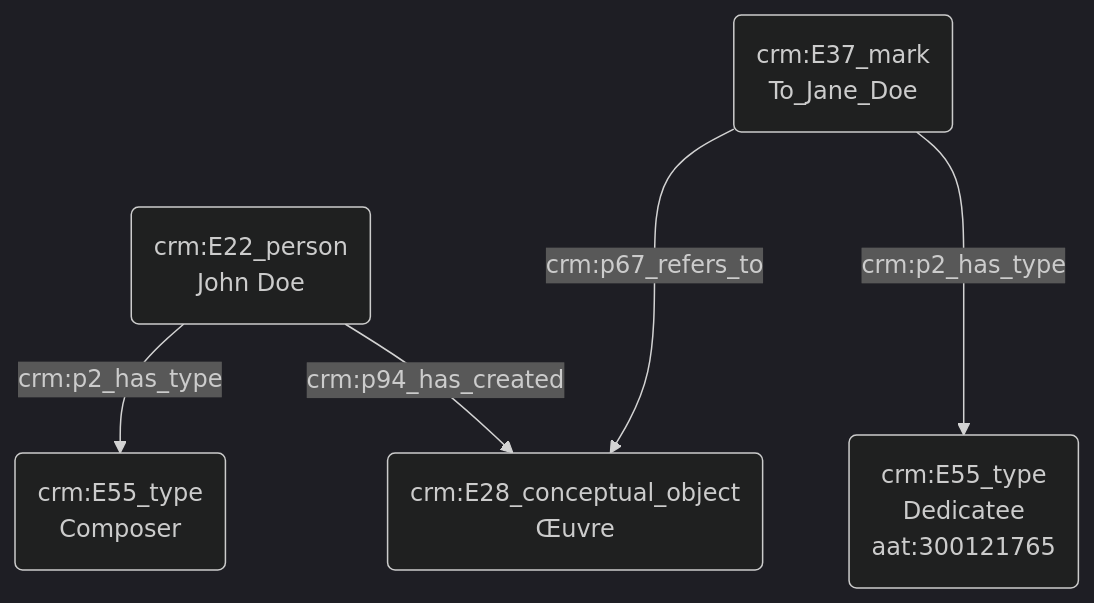
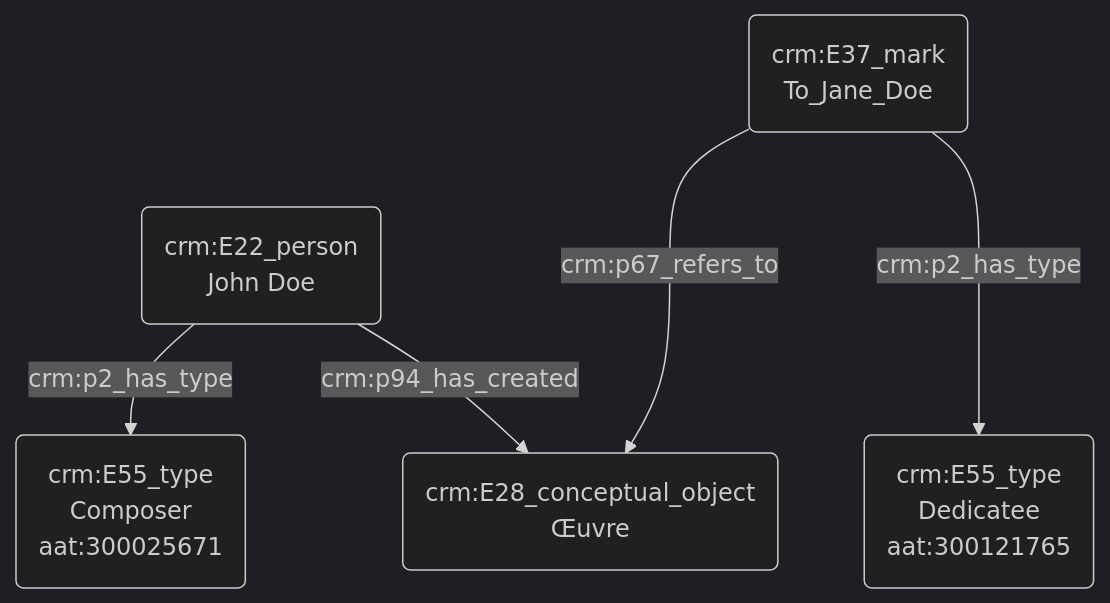
The diagram in modules/livrables/Dossier 2/Indexation conceptuelle/dédicataire d'une œuvre.md (Amleth/consortium-musica2-gt2-ontologies), drawn with Mermaid (dark theme) before and after one commit.

Commit message:
Update dédicataire d'une œuvre.md

````diff
--- a/modules/livrables/Dossier 2/Indexation conceptuelle/dédicataire d'une œuvre.md
+++ b/modules/livrables/Dossier 2/Indexation conceptuelle/dédicataire d'une œuvre.md
@@ -17,9 +17,9 @@
 ```mermaid
 graph TD;
 
-A(crm:E22_person<br>John Doe) --> |crm:p2_has_type| B(crm:E55_type<br>Composer)
+A(crm:E22_person<br>John Doe) --> |crm:p2_has_type| B(crm:E55_type<br>Composer<br>aat:300025671)
 A(crm:E22_person<br>John Doe) --> |crm:p94_has_created| C(crm:E28_conceptual_object<br>Œuvre)
 D(crm:E37_mark<br>To_Jane_Doe) ---> |crm:p67_refers_to| C(crm:E28_conceptual_object<br>Œuvre)
 D(crm:E37_mark<br>To_Jane_Doe) ---> |crm:p2_has_type| E(crm:E55_type<br>Dedicatee<br>aat:300121765)
 
 ```
````
